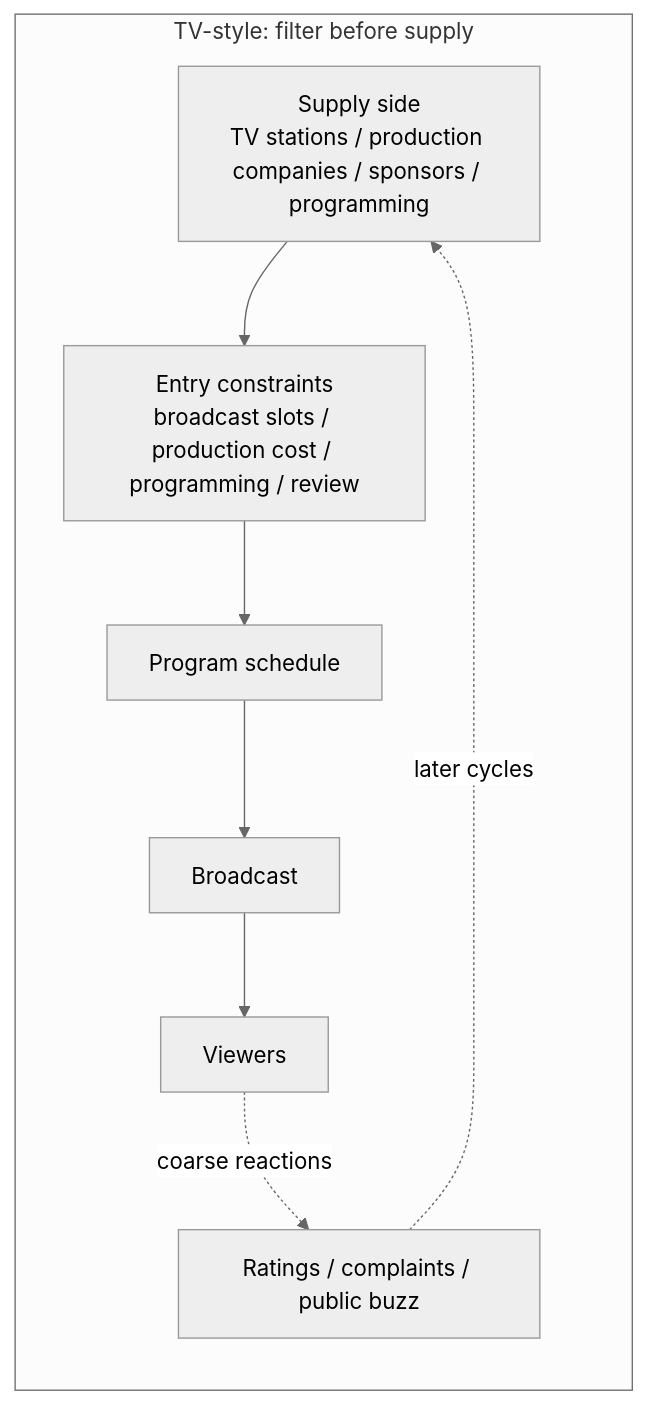
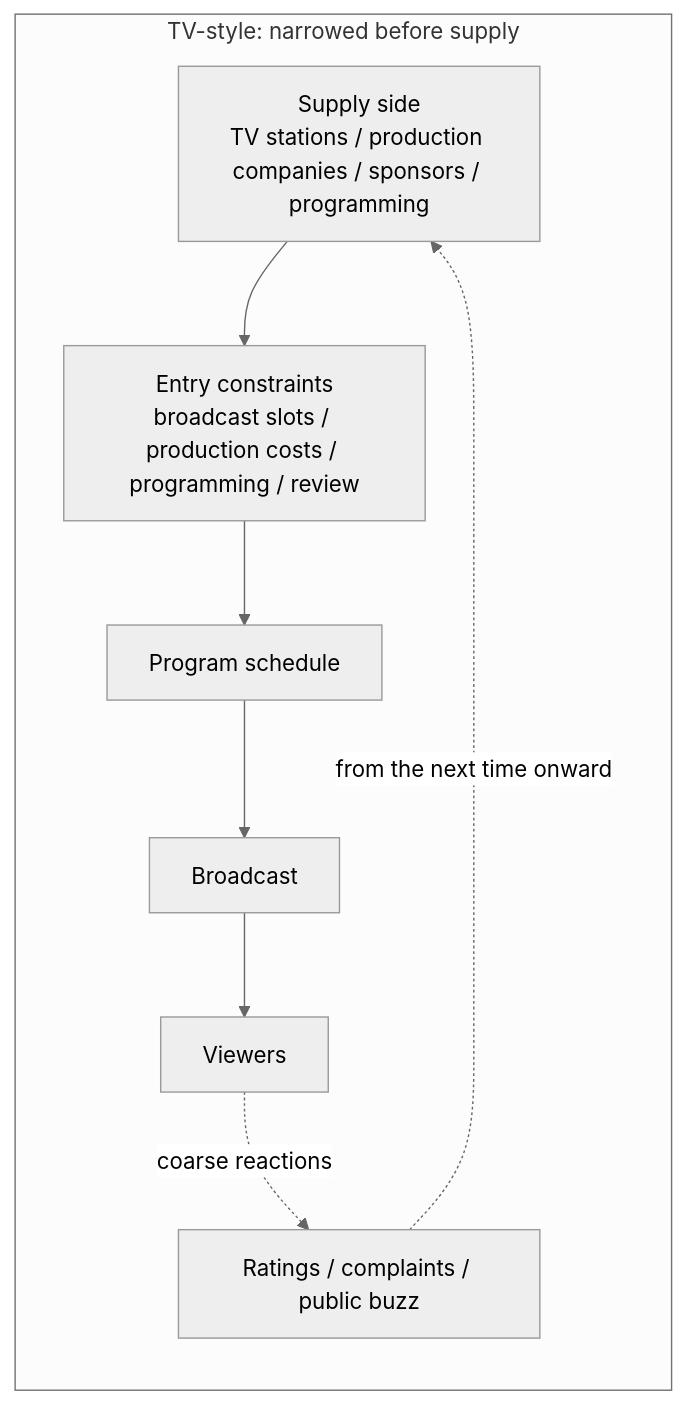
Before and after one commit to kuroam/hss-observation-reports: the first of 3 diagrams in reports/en/006_ai_slop_conveyor_belt.md, drawn with Mermaid (neutral theme). The commit also changed other lines of this file, not shown here.

````diff
--- a/reports/en/006_ai_slop_conveyor_belt.md
+++ b/reports/en/006_ai_slop_conveyor_belt.md
@@ -123,13 +102,13 @@
 ```mermaid
 flowchart LR
-subgraph TV[TV-style: filter before supply]
-A[Supply side<br/>TV stations / production companies / sponsors / programming]
---> B[Entry constraints<br/>broadcast slots / production cost / programming / review]
---> C[Program schedule]
---> D[Broadcast]
---> E[Viewers]
+  subgraph TV[TV-style: narrowed before supply]
+    A[Supply side<br/>TV stations / production companies / sponsors / programming]
+      --> B[Entry constraints<br/>broadcast slots / production costs / programming / review]
+      --> C[Program schedule]
+      --> D[Broadcast]
+      --> E[Viewers]
 
-E -.coarse reactions.-> F[Ratings / complaints / public buzz]
-F -.later cycles.-> A
-end
+    E -.coarse reactions.-> F[Ratings / complaints / public buzz]
+    F -.from the next time onward.-> A
+  end
 ```
````
